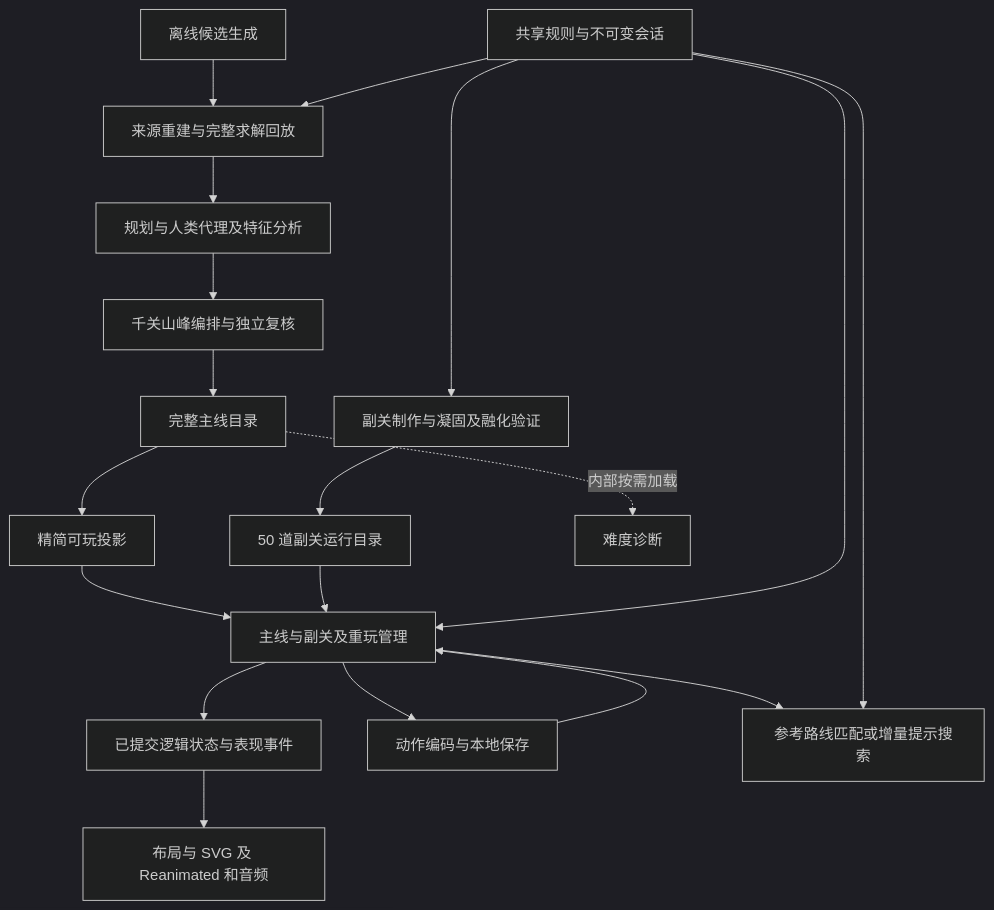
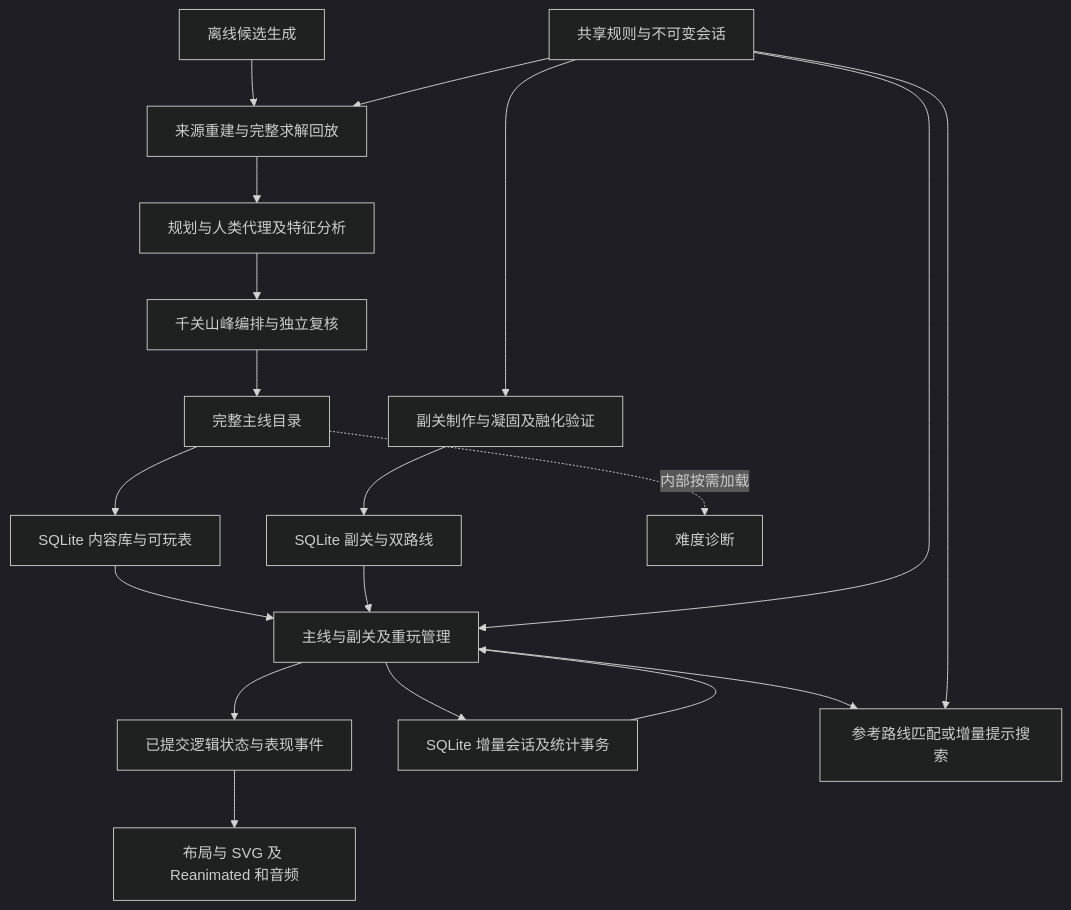
Before and after one commit to JackLi717/bottle-harmony: the diagram in docs/system-design.md, drawn with Mermaid (dark theme). The commit also changed other lines of this file and 47 other files, not shown here.

````diff
--- a/docs/system-design.md
+++ b/docs/system-design.md
@@ -7,21 +7,21 @@
 ```mermaid
 flowchart TD
     A[离线候选生成] --> B[来源重建与完整求解回放]
     B --> C[规划与人类代理及特征分析]
     C --> D[千关山峰编排与独立复核]
     D --> E[完整主线目录]
-    E --> F[精简可玩投影]
-    G[副关制作与凝固及融化验证] --> H[50 道副关运行目录]
+    E --> F[SQLite 内容库与可玩表]
+    G[副关制作与凝固及融化验证] --> H[SQLite 副关与双路线]
     F --> I[主线与副关及重玩管理]
     H --> I
     J[共享规则与不可变会话] --> B
     J --> G
     J --> I
     I --> K[已提交逻辑状态与表现事件]
     K --> L[布局与 SVG 及 Reanimated 和音频]
-    I --> M[动作编码与本地保存]
+    I --> M[SQLite 增量会话及统计事务]
     M --> I
     I --> N[参考路线匹配或增量提示搜索]
     J --> N
     E -.内部按需加载.-> O[难度诊断]
 ```
````
